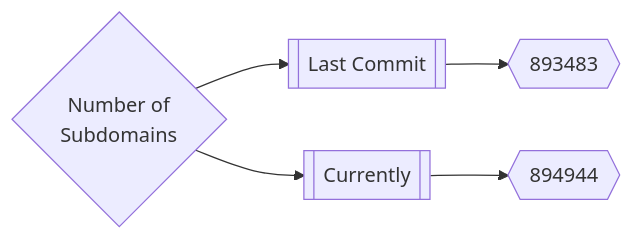
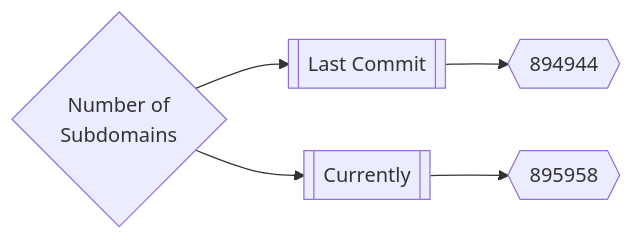
One commit to trickest/inventory changed the first of 3 diagrams in README.md. Above: the diagram before and after it, drawn with Mermaid. The commit also changed other lines of this file, not shown here.

Commit message:
Update README.md Thu Jun 30 21:02:27 UTC 2022

````diff
--- a/README.md
+++ b/README.md
@@ -167,5 +167,5 @@
 ```mermaid
 graph LR
-title{Number of<br>Subdomains} --> subdomainsDate1[[Last Commit]] --> subdomainsNum1{{893483}}
-title --> subdomainsDate2[[Currently]] --> subdomainsNum2{{894944}}
+title{Number of<br>Subdomains} --> subdomainsDate1[[Last Commit]] --> subdomainsNum1{{894944}}
+title --> subdomainsDate2[[Currently]] --> subdomainsNum2{{895958}}
 ```
````
